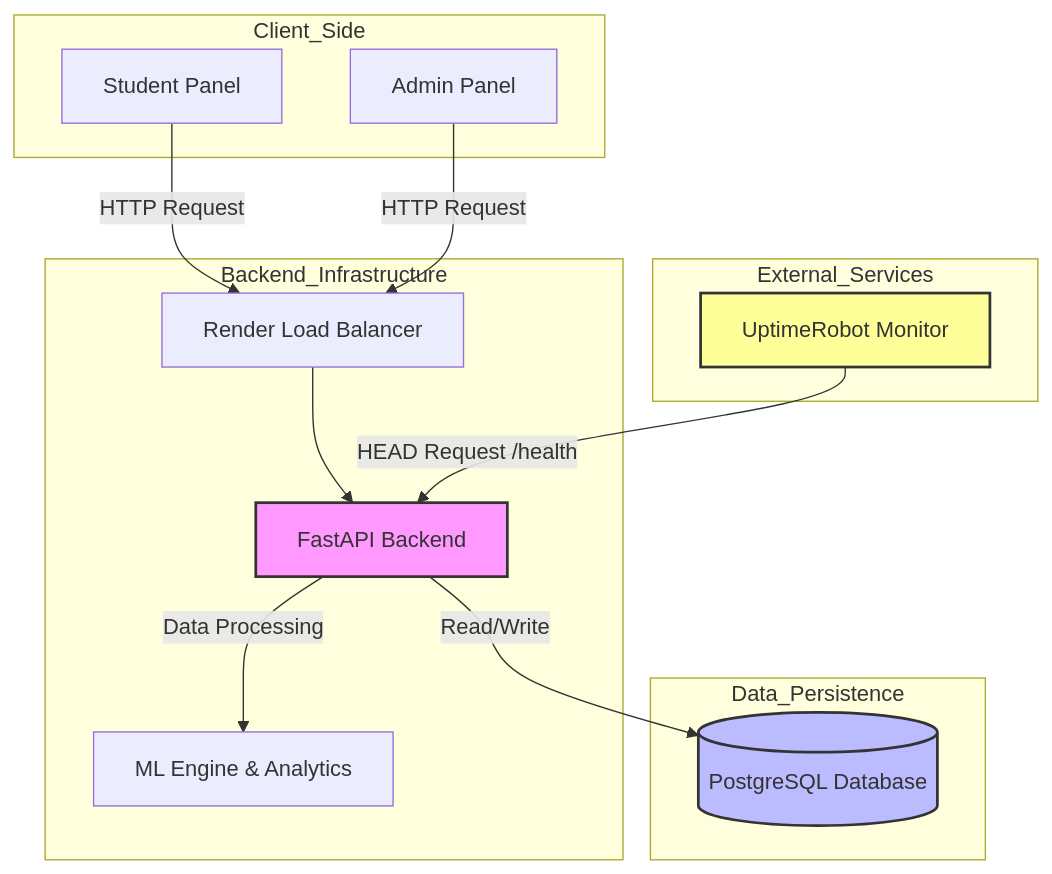
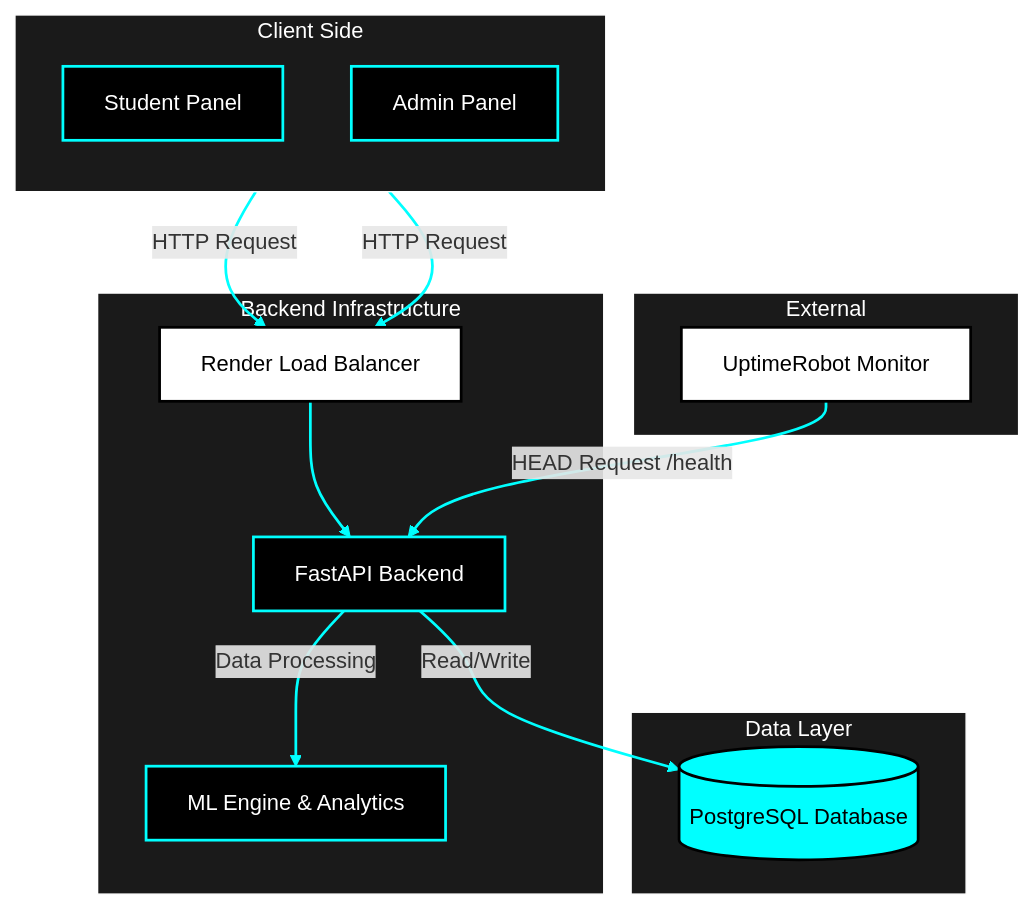
Before and after one commit to SujalAgrawal08/MessMate: the diagram in README.md, drawn with Mermaid.

````diff
--- a/README.md
+++ b/README.md
@@ -48,33 +48,42 @@
 ```mermaid
 graph TD
-    subgraph Client_Side
-        Student[Student Panel]
-        Admin[Admin Panel]
+    %% Theme Styling
+    classDef baseNode fill:#000000,stroke:#00ffff,stroke-width:2px,color:#ffffff;
+    classDef highlightNode fill:#00ffff,stroke:#000000,stroke-width:2px,color:#000000;
+    classDef whiteNode fill:#ffffff,stroke:#000000,stroke-width:2px,color:#000000;
+    linkStyle default stroke:#00ffff,stroke-width:2px;
+
+    subgraph Client_Side [Client Side]
+        direction TB
+        Student[Student Panel]:::baseNode
+        Admin[Admin Panel]:::baseNode
     end
 
-    subgraph Backend_Infrastructure
-        LB[Render Load Balancer]
-        API[FastAPI Backend]
-        ML[ML Engine & Analytics]
+    subgraph Backend_Infrastructure [Backend Infrastructure]
+        LB[Render Load Balancer]:::whiteNode
+        API[FastAPI Backend]:::baseNode
+        ML[ML Engine & Analytics]:::baseNode
     end
 
-    subgraph Data_Persistence
-        DB[(PostgreSQL Database)]
+    subgraph Data_Persistence [Data Layer]
+        DB[(PostgreSQL Database)]:::highlightNode
     end
 
-    subgraph External_Services
-        Uptime[UptimeRobot Monitor]
+    subgraph External_Services [External]
+        Uptime[UptimeRobot Monitor]:::whiteNode
     end
 
     Student -->|HTTP Request| LB
     Admin -->|HTTP Request| LB
     LB --> API
     API -->|Read/Write| DB
     API -->|Data Processing| ML
     
     Uptime -->|HEAD Request /health| API
     
-    style API fill:#f9f,stroke:#333,stroke-width:2px
-    style DB fill:#bbf,stroke:#333,stroke-width:2px
-    style Uptime fill:#ff9,stroke:#333,stroke-width:2px
+    %% Subgraph Styling
+    style Client_Side fill:#1a1a1a,stroke:#ffffff,color:#ffffff
+    style Backend_Infrastructure fill:#1a1a1a,stroke:#ffffff,color:#ffffff
+    style Data_Persistence fill:#1a1a1a,stroke:#ffffff,color:#ffffff
+    style External_Services fill:#1a1a1a,stroke:#ffffff,color:#ffffff
 ```
````
